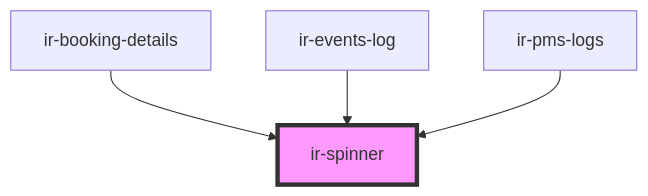
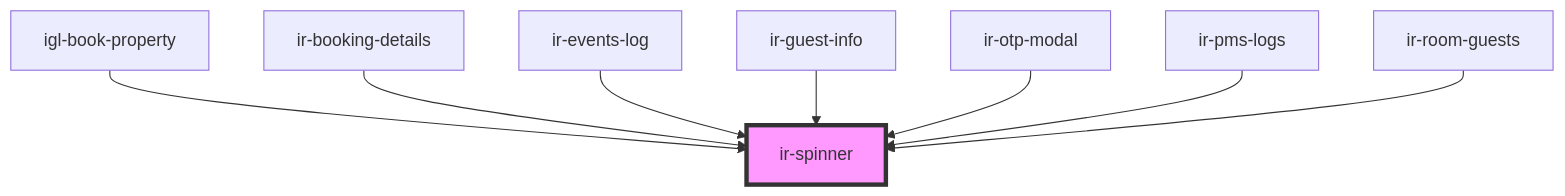
The diagram in src/components/ui/ir-spinner/readme.md (RonyRizk/ir-webcmp), drawn with Mermaid before and after one commit. The commit also changed other lines of this file and 293 other files, not shown here.

````diff
--- a/src/components/ui/ir-spinner/readme.md
+++ b/src/components/ui/ir-spinner/readme.md
@@ -27,7 +31,11 @@
 ```mermaid
 graph TD;
+  igl-book-property --> ir-spinner
   ir-booking-details --> ir-spinner
   ir-events-log --> ir-spinner
+  ir-guest-info --> ir-spinner
+  ir-otp-modal --> ir-spinner
   ir-pms-logs --> ir-spinner
+  ir-room-guests --> ir-spinner
   style ir-spinner fill:#f9f,stroke:#333,stroke-width:4px
 ```
````
